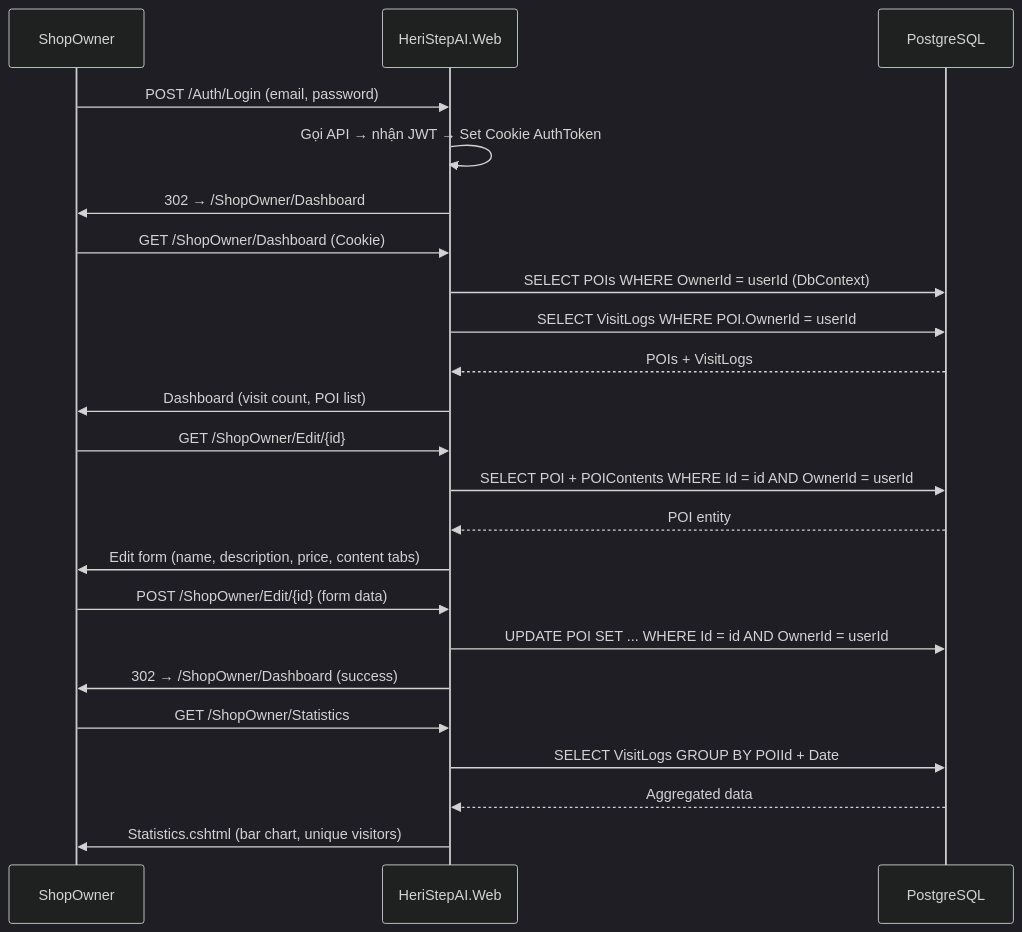
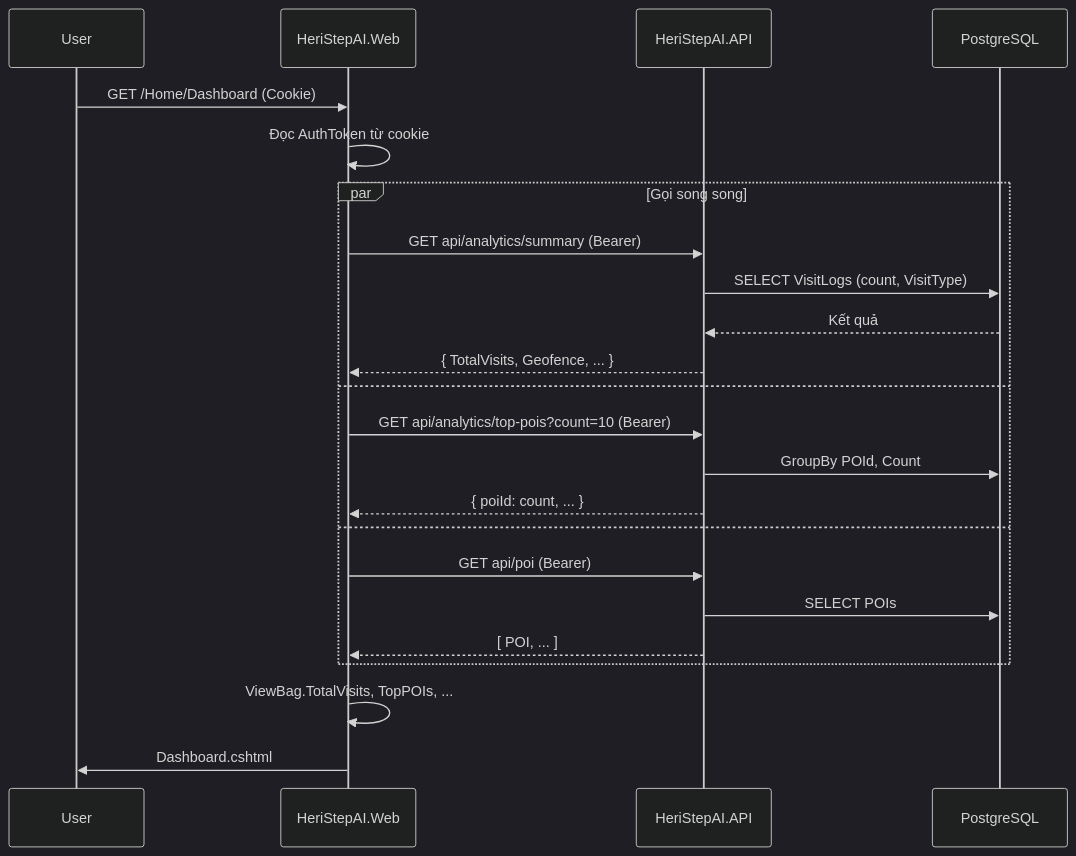
One commit to KhanhChung2k5/k_tour changed the tenth of 12 diagrams in docs/PRODUCT_REQUIREMENTS.md. Above: the diagram before and after it, drawn with Mermaid (dark theme). The commit also changed other lines of this file, not shown here.

````diff
--- a/docs/PRODUCT_REQUIREMENTS.md
+++ b/docs/PRODUCT_REQUIREMENTS.md
@@ -483,30 +729,26 @@
 ```mermaid
 sequenceDiagram
-    participant SO as ShopOwner
+    participant User
     participant Web as HeriStepAI.Web
+    participant API as HeriStepAI.API
     participant DB as PostgreSQL
 
-    SO->>Web: POST /Auth/Login (email, password)
-    Web->>Web: Gọi API → nhận JWT → Set Cookie AuthToken
-    Web->>SO: 302 → /ShopOwner/Dashboard
-
-    SO->>Web: GET /ShopOwner/Dashboard (Cookie)
-    Web->>DB: SELECT POIs WHERE OwnerId = userId (DbContext)
-    Web->>DB: SELECT VisitLogs WHERE POI.OwnerId = userId
-    DB-->>Web: POIs + VisitLogs
-    Web->>SO: Dashboard (visit count, POI list)
-
-    SO->>Web: GET /ShopOwner/Edit/{id}
-    Web->>DB: SELECT POI + POIContents WHERE Id = id AND OwnerId = userId
-    DB-->>Web: POI entity
-    Web->>SO: Edit form (name, description, price, content tabs)
-
-    SO->>Web: POST /ShopOwner/Edit/{id} (form data)
-    Web->>DB: UPDATE POI SET ... WHERE Id = id AND OwnerId = userId
-    Web->>SO: 302 → /ShopOwner/Dashboard (success)
-
-    SO->>Web: GET /ShopOwner/Statistics
-    Web->>DB: SELECT VisitLogs GROUP BY POIId + Date
-    DB-->>Web: Aggregated data
-    Web->>SO: Statistics.cshtml (bar chart, unique visitors)
+    User->>Web: GET /Home/Dashboard (Cookie)
+    Web->>Web: Đọc AuthToken từ cookie
+    par Gọi song song
+        Web->>API: GET api/analytics/summary (Bearer)
+        API->>DB: SELECT VisitLogs (count, VisitType)
+        DB-->>API: Kết quả
+        API-->>Web: { TotalVisits, Geofence, ... }
+    and
+        Web->>API: GET api/analytics/top-pois?count=10 (Bearer)
+        API->>DB: GroupBy POId, Count
+        API-->>Web: { poiId: count, ... }
+    and
+        Web->>API: GET api/poi (Bearer)
+        API->>DB: SELECT POIs
+        API-->>Web: [ POI, ... ]
+    end
+    Web->>Web: ViewBag.TotalVisits, TopPOIs, ...
+    Web->>User: Dashboard.cshtml
 ```
````
